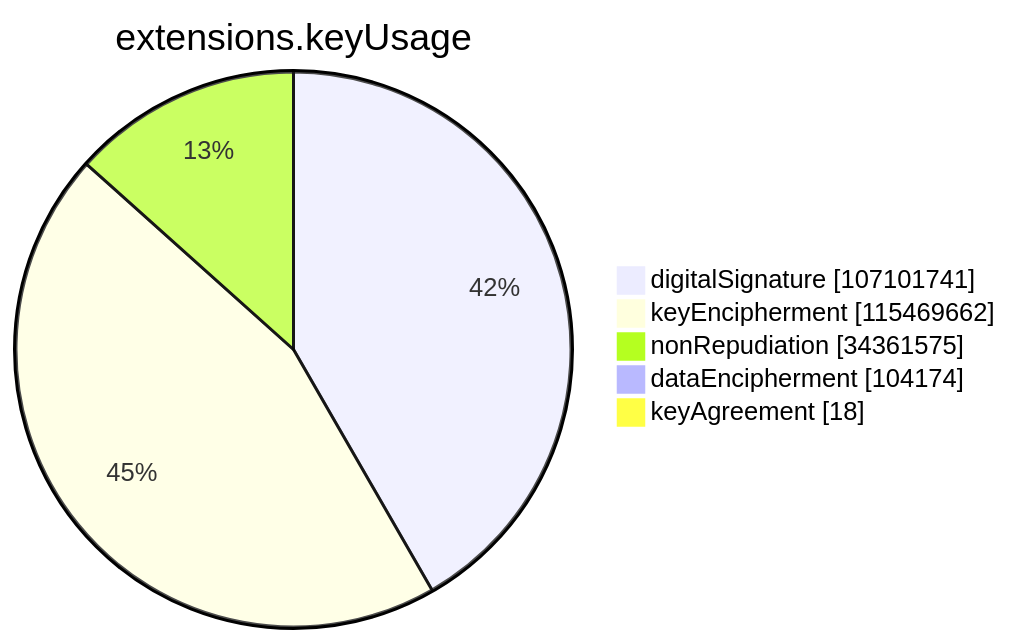
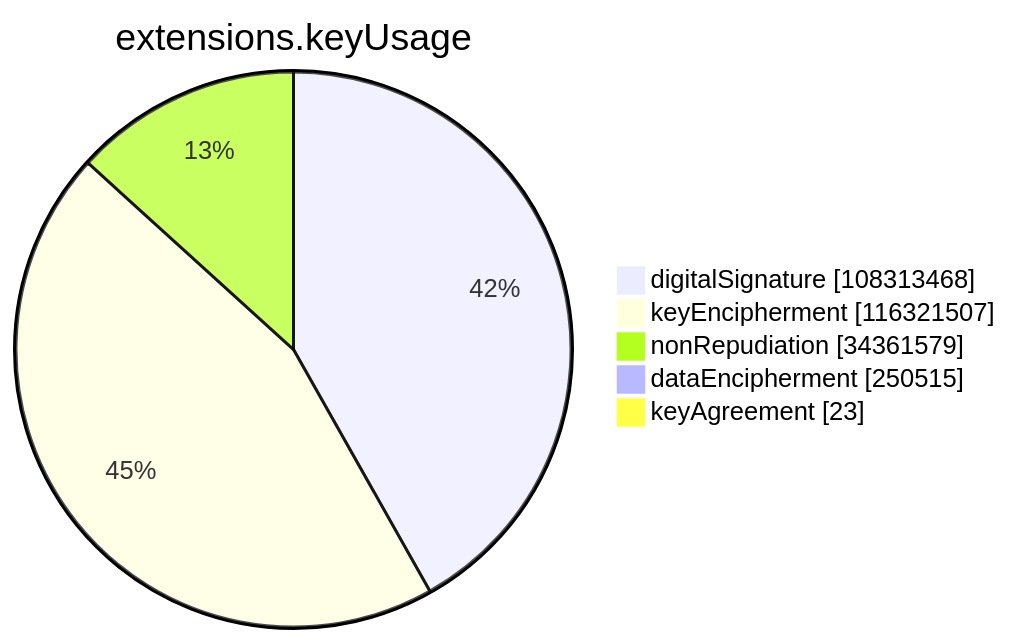
One commit to christiankrug/ctmonitor_visualization changed the sixth of 15 diagrams in argon2023/README.md. Above: the diagram before and after it, drawn with Mermaid. The commit also changed other lines of this file, not shown here.

````diff
--- a/argon2023/README.md
+++ b/argon2023/README.md
@@ -2130,9 +2132,9 @@
 ```mermaid
 pie showData
 title extensions.keyUsage
-"digitalSignature" :107101741
-"keyEncipherment" :115469662
-"nonRepudiation" :34361575
-"dataEncipherment" :104174
-"keyAgreement" :18
+"digitalSignature" :108313468
+"keyEncipherment" :116321507
+"nonRepudiation" :34361579
+"dataEncipherment" :250515
+"keyAgreement" :23
 ```
````
